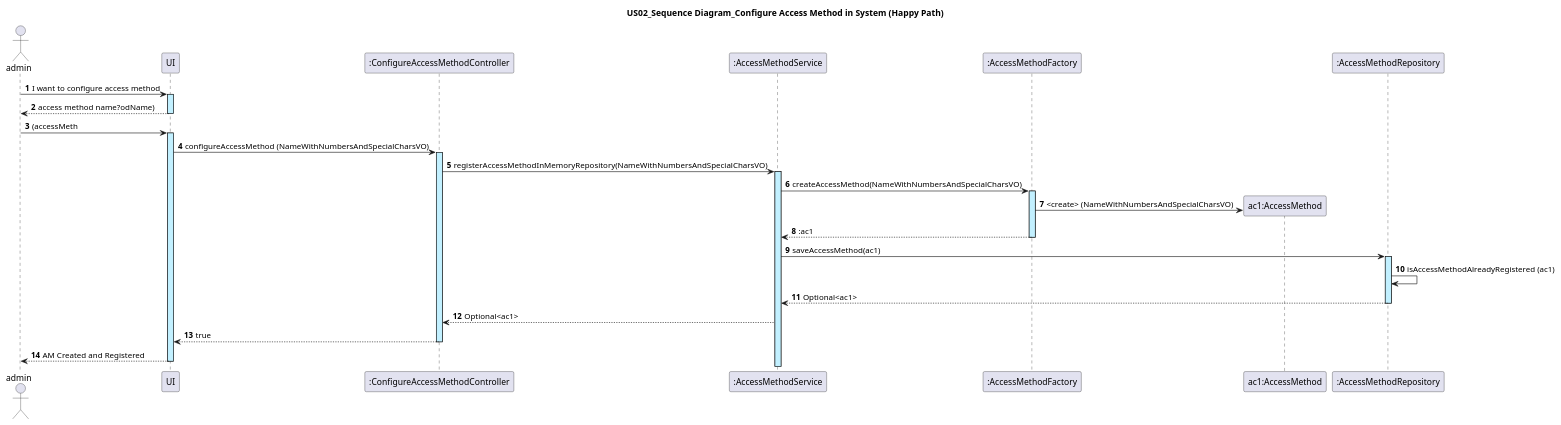
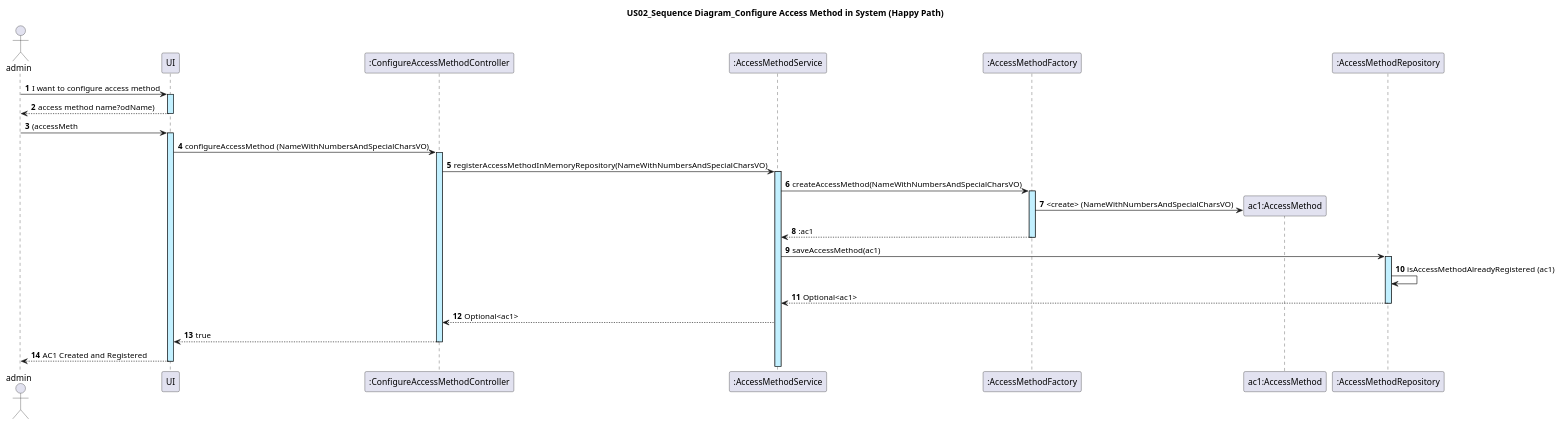
Before and after one commit to GasparISEP/DevOps-PAI: the diagram in docs/US02/US02_ConfigureAccessMethod_SequenceDiagram.puml, drawn with PlantUML.

Commit message:
Refactor message from UI to Admin on SD. refs #299

```diff
--- a/docs/US02/US02_ConfigureAccessMethod_SequenceDiagram.puml
+++ b/docs/US02/US02_ConfigureAccessMethod_SequenceDiagram.puml
@@ -1,27 +1,27 @@
 @startuml
 actor admin
 autonumber
 
 title: US02_Sequence Diagram_Configure Access Method in System (Happy Path)
 
 admin -> UI ++ #application : I want to configure access method
 UI --> admin -- : access method name?odName)
 admin -> UI ++ #application :(accessMeth
 UI -> ":ConfigureAccessMethodController" as ConfigureAccessMethodController ++ #application : configureAccessMethod (NameWithNumbersAndSpecialCharsVO)
 ConfigureAccessMethodController -> ":AccessMethodService" ++ #application: registerAccessMethodInMemoryRepository(NameWithNumbersAndSpecialCharsVO)
 
 ":AccessMethodService" -> ":AccessMethodFactory" as AccessMethodFactory ++ #application : createAccessMethod(NameWithNumbersAndSpecialCharsVO)
 create "ac1:AccessMethod" as AccessMethod
 AccessMethodFactory -> AccessMethod  #application  : <create> (NameWithNumbersAndSpecialCharsVO)
 AccessMethodFactory --> ":AccessMethodService" -- : :ac1
 
 ":AccessMethodService" -> ":AccessMethodRepository" as AccessMethodRepository ++ #application : saveAccessMethod(ac1)
 
 AccessMethodRepository -> AccessMethodRepository : isAccessMethodAlreadyRegistered (ac1)
 
 AccessMethodRepository --> ":AccessMethodService" --:  Optional<ac1>
 
 ":AccessMethodService" --> ConfigureAccessMethodController: Optional<ac1>
 ConfigureAccessMethodController --> UI --: true
-UI --> admin --: AM Created and Registered
+UI --> admin --: AC1 Created and Registered
 @enduml
```
